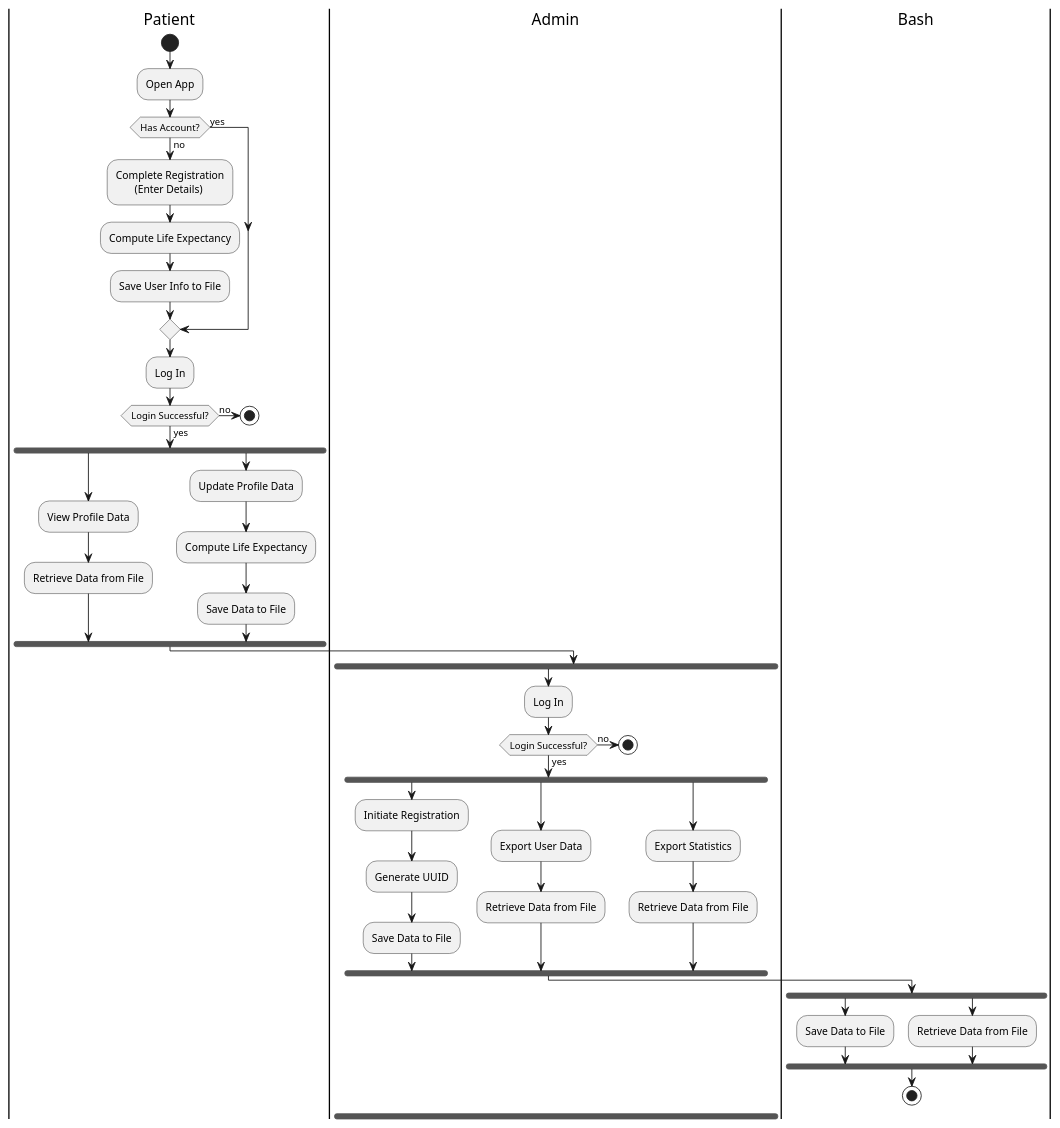
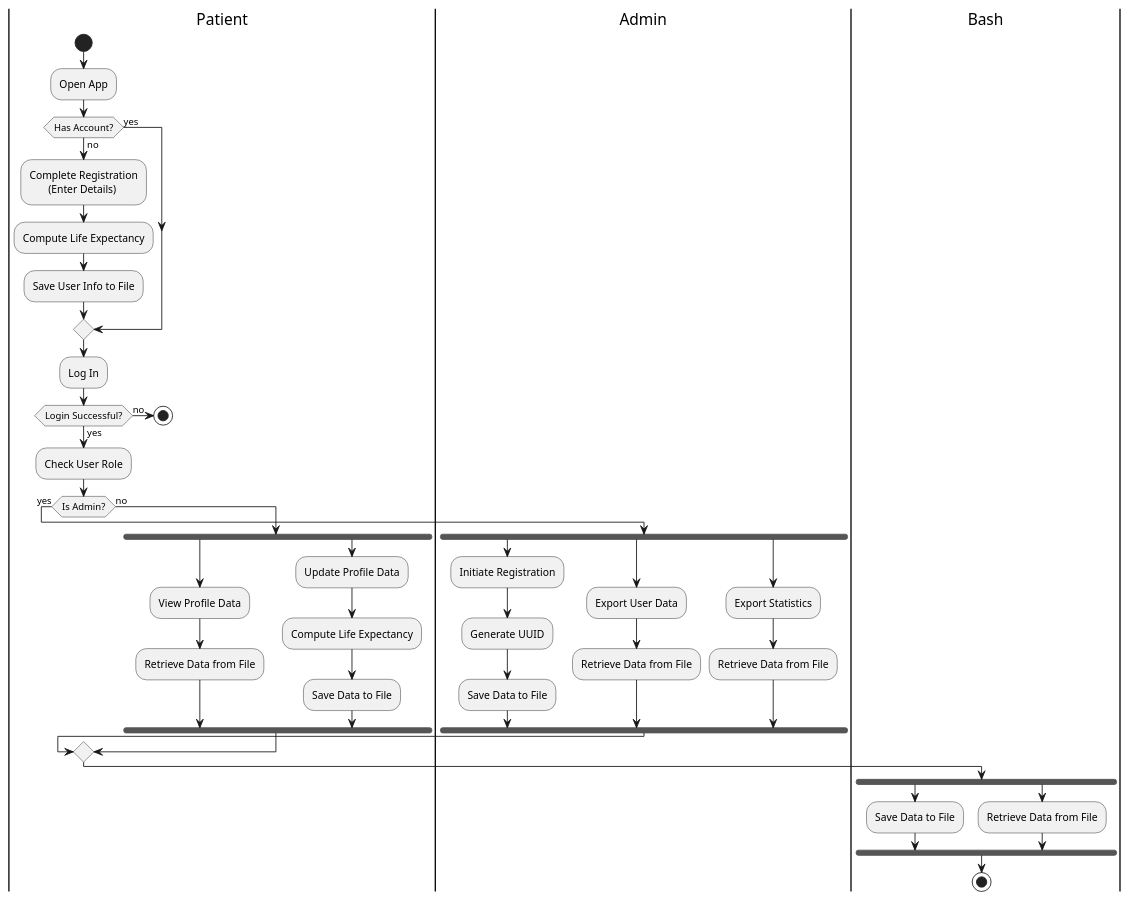
The diagram in activityDiagrams.plantuml (Blaiseniyo/life-span-prognosis-system), drawn with PlantUML before and after one commit. The commit also changed other lines of this file, not shown here.

Commit message:
final useCase Diagram

```diff
--- a/activityDiagrams.plantuml
+++ b/activityDiagrams.plantuml
@@ -2,56 +1,54 @@
 @startuml Life Prognosis App - Activity Diagram
 
 |Patient|
 start
 :Open App;
 if (Has Account?) then (no)
   :Complete Registration
          (Enter Details);
-   :Compute Life Expectancy;
+  :Compute Life Expectancy;
   :Save User Info to File;
 else (yes)
 endif
 :Log In;
 
 if (Login Successful?) then (yes)
-  fork
-    :View Profile Data;
-    :Retrieve Data from File;
-  fork again
-    :Update Profile Data;
-    :Compute Life Expectancy;
-    :Save Data to File;
-  end fork
-else (no)
-  stop
-endif
-
-|Admin|
-fork
-:Log In;
-if (Login Successful?) then (yes)
-  fork
-    :Initiate Registration;
-    :Generate UUID;
-    :Save Data to File;
-  fork again
-    :Export User Data;
-    :Retrieve Data from File;
-  fork again
-    :Export Statistics;
-    :Retrieve Data from File;
-  end fork
+  :Check User Role;
+  if (Is Admin?) then (yes)
+    |Admin|
+    fork
+      :Initiate Registration;
+      :Generate UUID;
+      :Save Data to File;
+    fork again
+      :Export User Data;
+      :Retrieve Data from File;
+    fork again
+      :Export Statistics;
+      :Retrieve Data from File;
+    end fork
+  else (no)
+    |Patient|
+    fork
+      :View Profile Data;
+      :Retrieve Data from File;
+    fork again
+      :Update Profile Data;
+      :Compute Life Expectancy;
+      :Save Data to File;
+    end fork
+  endif
 else (no)
   stop
 endif
 
 |Bash|
 fork
 :Save Data to File;
 fork again
 :Retrieve Data from File;
 end fork
 
 stop
 
 @enduml
```
